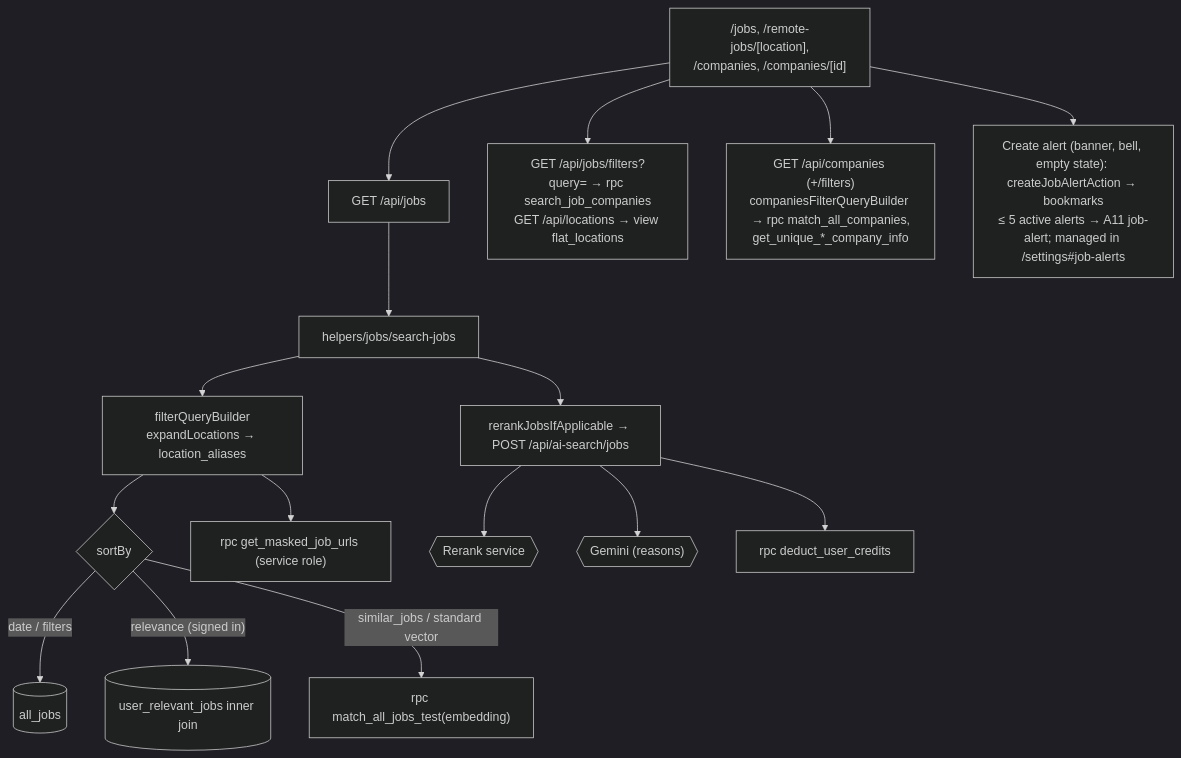
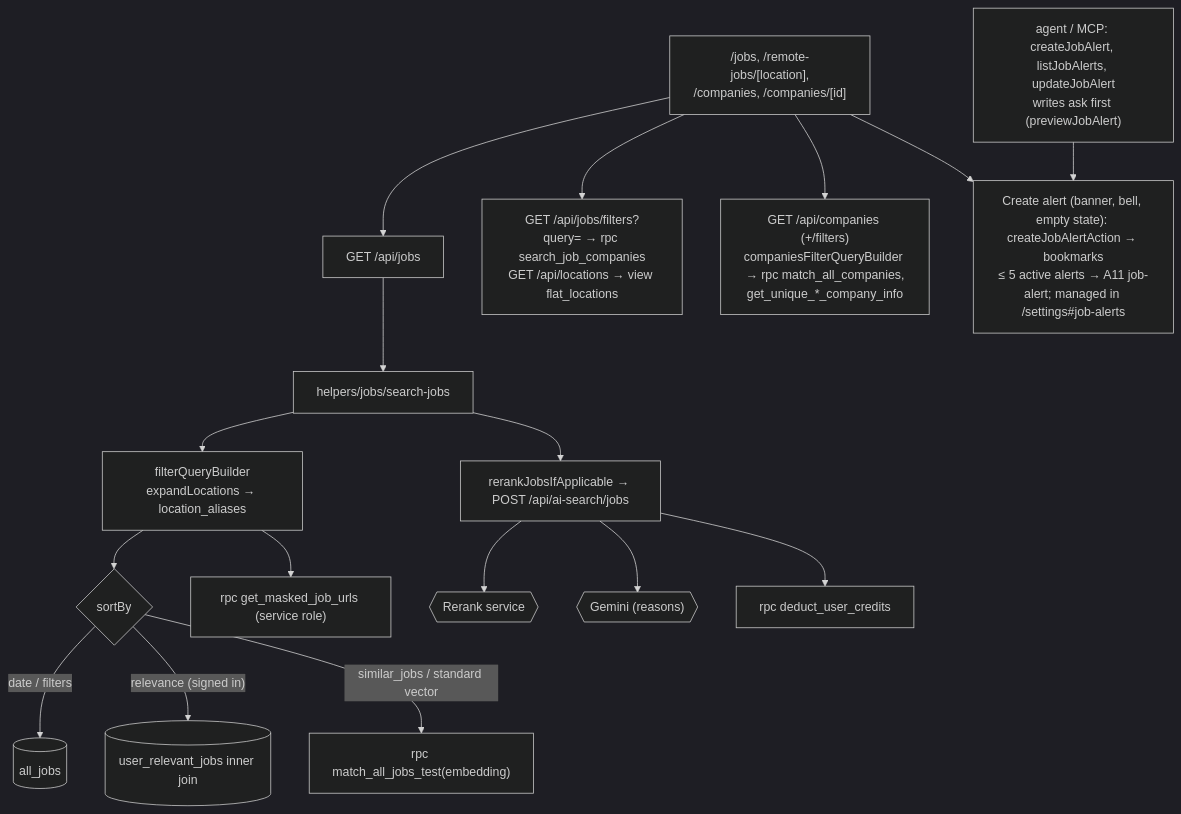
The third of 14 diagrams in docs/app-flows/02-applicant.md (kVarunkk/GetHired), drawn with Mermaid (dark theme) before and after one commit. The commit also changed 28 other files, not shown here.

First line of the commit message:
feat(job-alerts): create and manage alerts from the agent and MCP

````diff
--- a/docs/app-flows/02-applicant.md
+++ b/docs/app-flows/02-applicant.md
@@ -65,18 +65,19 @@
 ```mermaid
 flowchart TD
   J["/jobs, /remote-jobs/[location],<br/>/companies, /companies/[id]"] --> API["GET /api/jobs"]
   J --> F["GET /api/jobs/filters?query= → rpc search_job_companies<br/>GET /api/locations → view flat_locations"]
   J --> CF["GET /api/companies (+/filters)<br/>companiesFilterQueryBuilder → rpc match_all_companies,<br/>get_unique_*_company_info"]
   API --> SJ["helpers/jobs/search-jobs"]
   SJ --> FQB["filterQueryBuilder<br/>expandLocations → location_aliases"]
   FQB --> SORT{"sortBy"}
   SORT -- "date / filters" --> AJ[("all_jobs")]
   SORT -- "relevance (signed in)" --> URJ[("user_relevant_jobs inner join")]
   SORT -- "similar_jobs / standard vector" --> MV["rpc match_all_jobs_test(embedding)"]
   FQB --> MU["rpc get_masked_job_urls (service role)"]
   SJ --> RR["rerankJobsIfApplicable → POST /api/ai-search/jobs"]
   RR --> JEV{{"Rerank service"}}
   RR --> G{{"Gemini (reasons)"}}
   RR --> CR["rpc deduct_user_credits"]
   J --> BM["Create alert (banner, bell, empty state): createJobAlertAction → bookmarks<br/>≤ 5 active alerts → A11 job-alert; managed in /settings#job-alerts"]
+  AG["agent / MCP: createJobAlert, listJobAlerts, updateJobAlert<br/>writes ask first (previewJobAlert)"] --> BM
 ```
````
